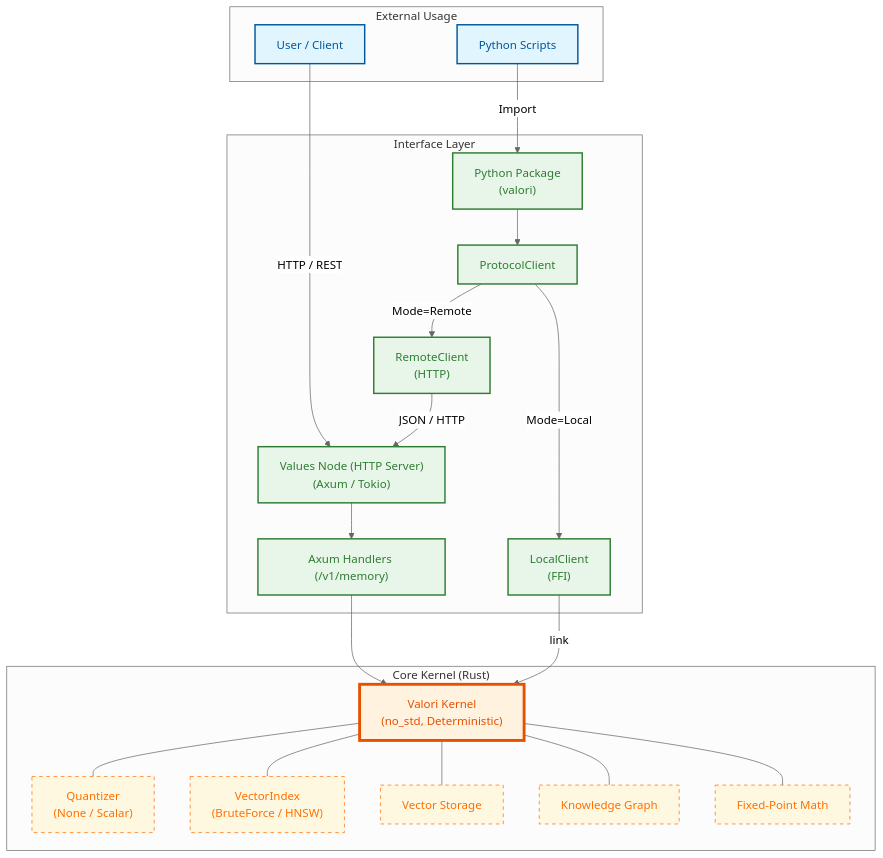
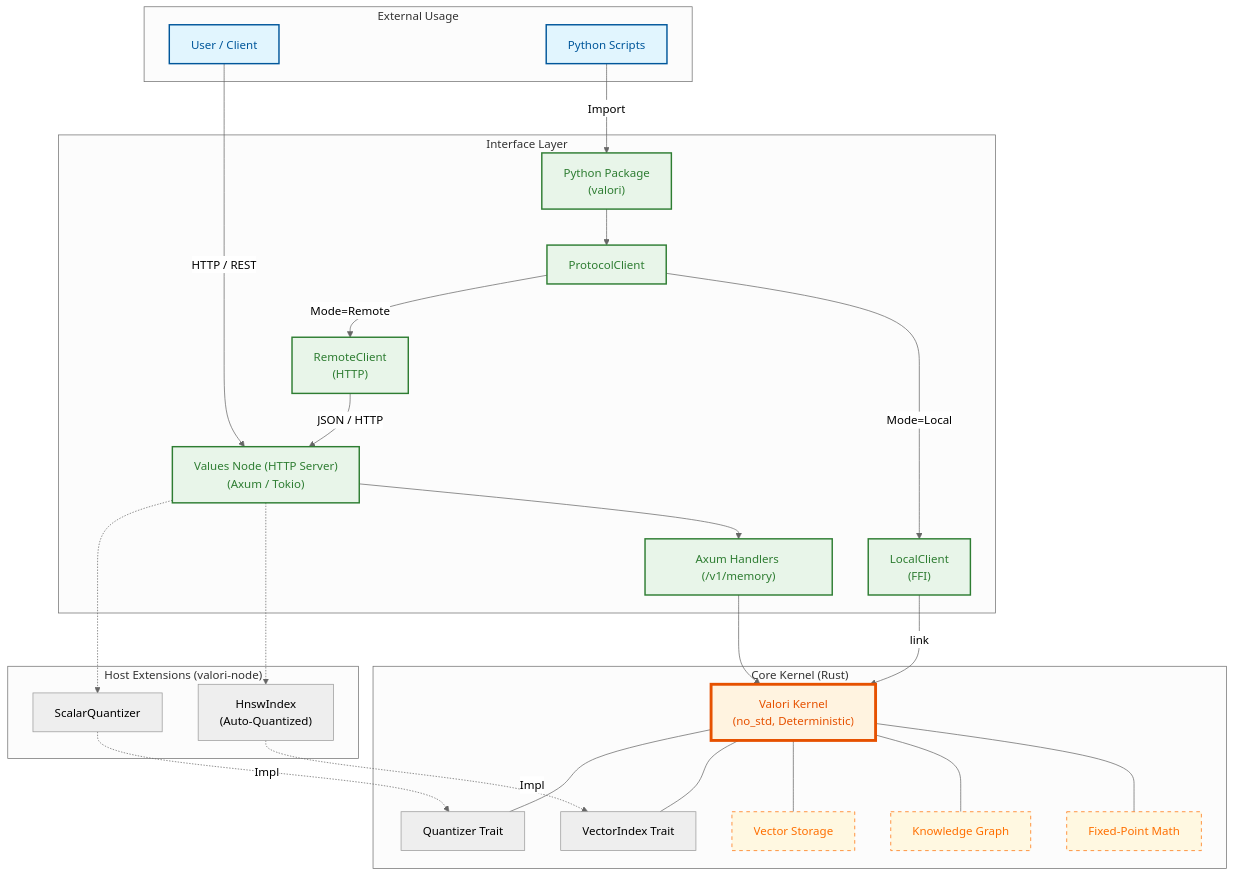
The diagram in architecture.md (varshith-Git/Valori-Kernel), drawn with Mermaid (neutral theme) before and after one commit.

Commit message:
corrected mermaid

````diff
--- a/architecture.md
+++ b/architecture.md
@@ -9,63 +9,74 @@
 ```mermaid
 graph TD
     %% Style Definitions
     classDef external fill:#e1f5fe,stroke:#01579b,stroke-width:2px,color:#01579b;
     classDef interface fill:#e8f5e9,stroke:#2e7d32,stroke-width:2px,color:#2e7d32;
     classDef core fill:#fff3e0,stroke:#e65100,stroke-width:4px,color:#e65100;
     classDef internal fill:#fff8e1,stroke:#ff6f00,stroke-width:1px,stroke-dasharray: 5 5,color:#ff6f00;
 
     subgraph External["External Usage"]
         User[User / Client]
         PyScript[Python Scripts]
     end
 
     subgraph Interface["Interface Layer"]
         NodeService["Values Node (HTTP Server)<br/>(Axum / Tokio)"]
         PythonPkg["Python Package<br/>(valori)"]
         
         %% Protocol Components
         Protocol["ProtocolClient"]
         Local["LocalClient<br/>(FFI)"]
         Remote["RemoteClient<br/>(HTTP)"]
         
         VMP_API["Axum Handlers (/v1/memory)"]
     end
 
     subgraph Core["Core Kernel (Rust)"]
         Kernel["Valori Kernel<br/>(no_std, Deterministic)"]
         
         FXP[Fixed-Point Math]
         Graph[Knowledge Graph]
         Vector[Vector Storage]
         
-        %% Traits
-        Index["VectorIndex<br/>(BruteForce / HNSW)"]
-        Quant["Quantizer<br/>(None / Scalar)"]
+        %% Traits Interface
+        IndexTrait["VectorIndex Trait"]
+        QuantTrait["Quantizer Trait"]
+    end
+
+    subgraph Extensions["Host Extensions (valori-node)"]
+        HNSW["HnswIndex<br/>(Auto-Quantized)"]
+        ScalarQ["ScalarQuantizer"]
     end
 
     %% Relationships
     User -->|HTTP / REST| NodeService
     PyScript -->|Import| PythonPkg
     
     PythonPkg --> Protocol
     Protocol -->|Mode=Local| Local
     Protocol -->|Mode=Remote| Remote
 
     Local -->|link| Kernel
     Remote -->|JSON / HTTP| NodeService
     
     NodeService --> VMP_API
     VMP_API --> Kernel
 
     Kernel --- FXP
     Kernel --- Graph
     Kernel --- Vector
-    Kernel --- Index
-    Kernel --- Quant
+    
+    NodeService -.-> HNSW
+    HNSW -.->|Impl| IndexTrait
+    NodeService -.-> ScalarQ
+    ScalarQ -.->|Impl| QuantTrait
+    
+    Kernel --- IndexTrait
+    Kernel --- QuantTrait
 
     %% Apply Classes
     class User,PyScript external;
     class NodeService,PythonPkg,Protocol,Local,Remote,VMP_API interface;
     class Kernel core;
-    class FXP,Graph,Vector,Index,Quant internal;
+    class FXP,Graph,Vector internal;
 ```
````
